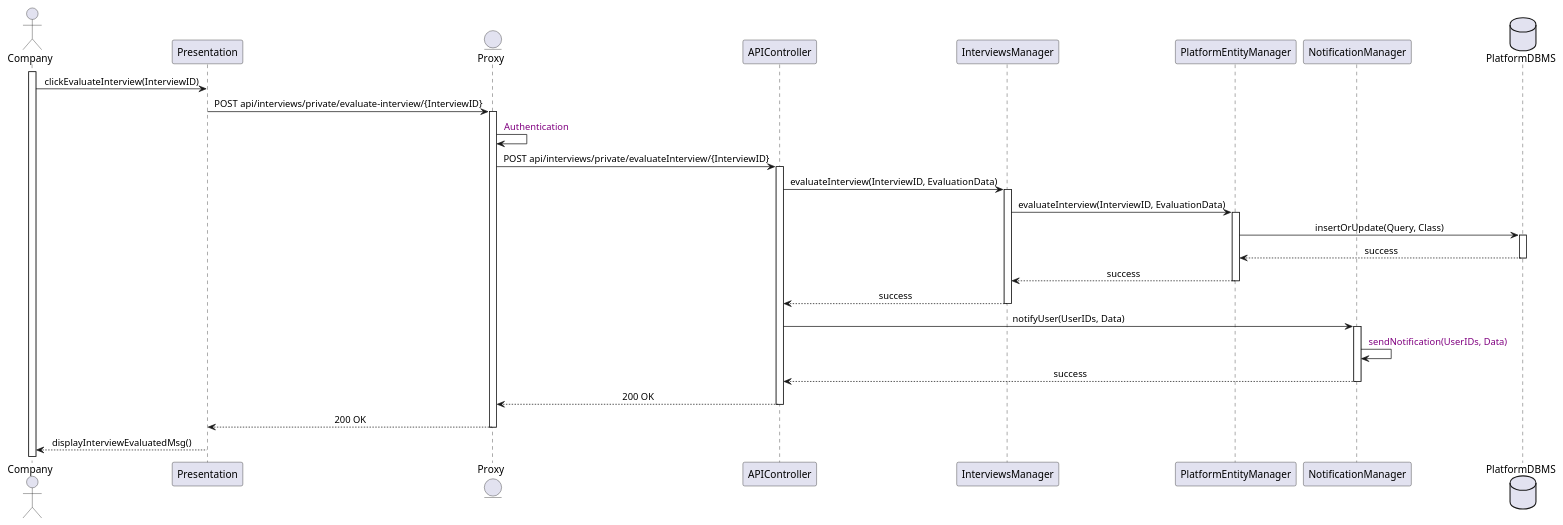
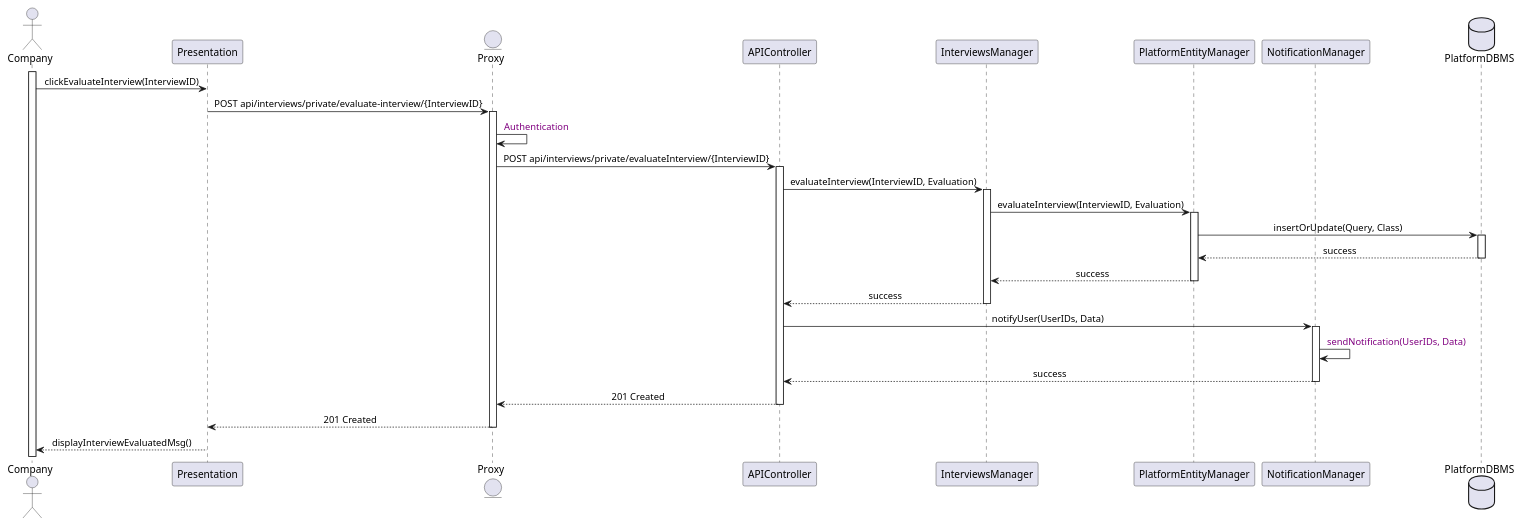
The diagram in Diagrams/SequenceDiagrams/DD/12CompanyEvaluatesInterview.wsd (Slaitroc/RicciPaoliGrisoni), drawn with PlantUML before and after one commit.

Commit message:
Refactor to use correct parameter names and response codes

```diff
--- a/Diagrams/SequenceDiagrams/DD/12CompanyEvaluatesInterview.wsd
+++ b/Diagrams/SequenceDiagrams/DD/12CompanyEvaluatesInterview.wsd
@@ -1,42 +1,42 @@
 @startuml CompanyEvaluatesInterview
 skinparam sequenceMessageAlign center
 actor       Company
 participant Presentation
 entity      Proxy
 participant APIController
 participant InterviewsManager
 participant PlatformEntityManager
 participant NotificationManager 
 database    PlatformDBMS
 
 activate Company
 Company -> Presentation : clickEvaluateInterview(InterviewID)
 Presentation -> Proxy : POST api/interviews/private/evaluate-interview/{InterviewID}
 activate Proxy
 Proxy -> Proxy : <color:purple> Authentication
 Proxy -> APIController : POST api/interviews/private/evaluateInterview/{InterviewID}
 activate APIController
-APIController -> InterviewsManager : evaluateInterview(InterviewID, EvaluationData)
+APIController -> InterviewsManager : evaluateInterview(InterviewID, Evaluation)
 activate InterviewsManager
-InterviewsManager -> PlatformEntityManager : evaluateInterview(InterviewID, EvaluationData)
+InterviewsManager -> PlatformEntityManager : evaluateInterview(InterviewID, Evaluation)
 activate PlatformEntityManager
 PlatformEntityManager -> PlatformDBMS : insertOrUpdate(Query, Class)
 activate PlatformDBMS
 PlatformDBMS --> PlatformEntityManager : success
 deactivate PlatformDBMS
 PlatformEntityManager --> InterviewsManager : success
 deactivate PlatformEntityManager
 InterviewsManager --> APIController : success
 deactivate InterviewsManager
 APIController -> NotificationManager : notifyUser(UserIDs, Data)
 activate NotificationManager
 NotificationManager -> NotificationManager : <color:purple> sendNotification(UserIDs, Data)
 NotificationManager --> APIController : success
 deactivate NotificationManager
-APIController --> Proxy : 200 OK
+APIController --> Proxy : 201 Created
 deactivate APIController
-Proxy --> Presentation : 200 OK
+Proxy --> Presentation : 201 Created
 deactivate Proxy
 Presentation --> Company : displayInterviewEvaluatedMsg()
 deactivate Presentation
 @enduml
```
